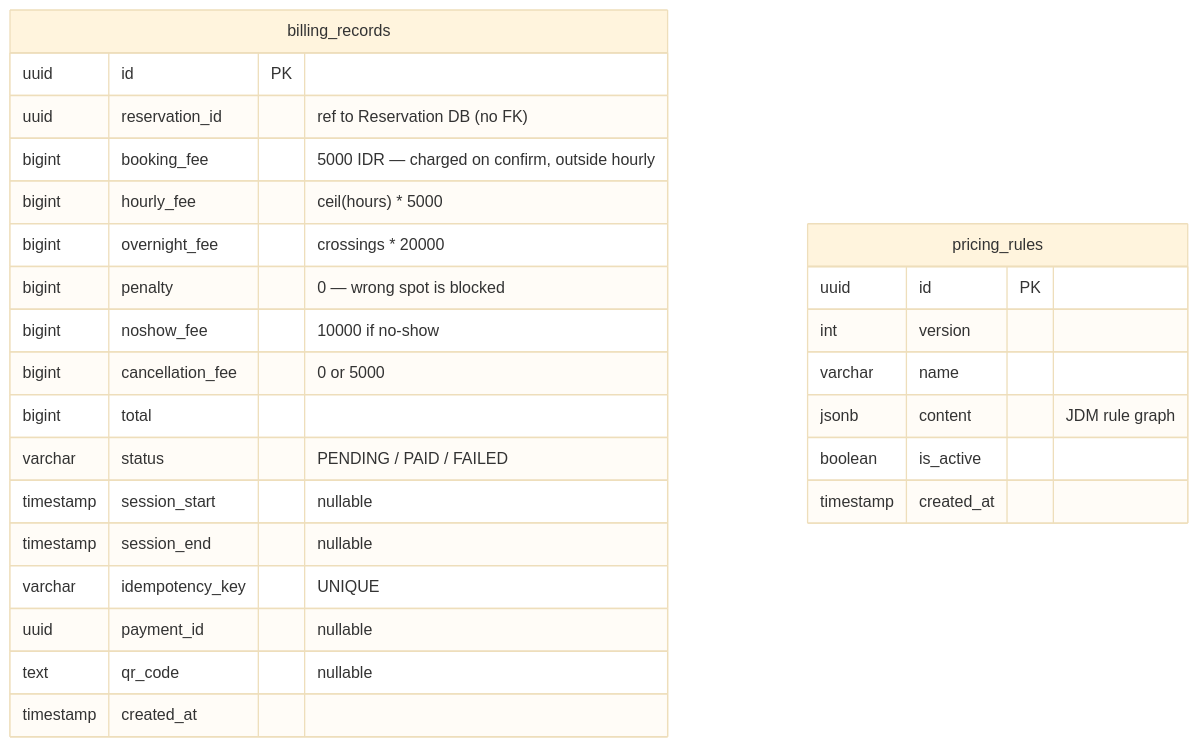
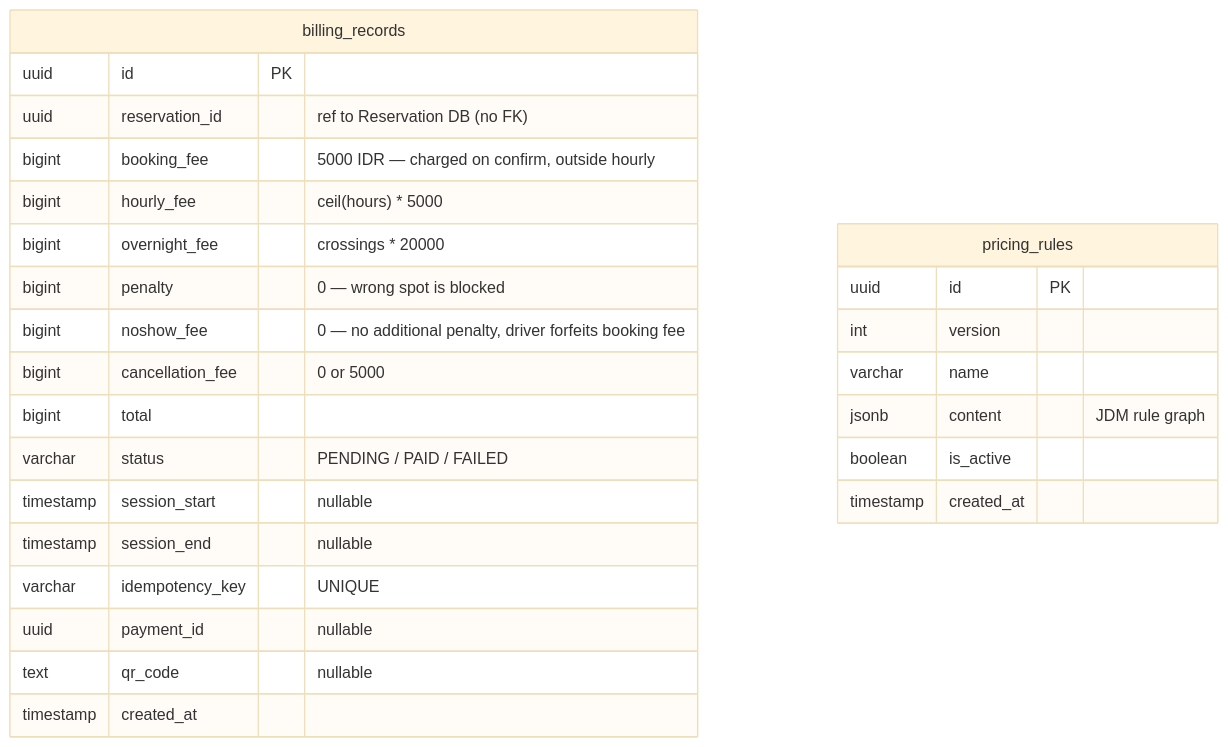
Before and after one commit to ParkirPintar/parkir-pintar-backend: diagram 21 of 23 in README.md, drawn with Mermaid (base theme). The commit also changed other lines of this file and 9 other files, not shown here.

Commit message:
fix(billing): remove no-show penalty fee and simplify pricing model

````diff
--- a/README.md
+++ b/README.md
@@ -1436,30 +1429,30 @@
 ```mermaid
 erDiagram
     billing_records {
         uuid id PK
         uuid reservation_id "ref to Reservation DB (no FK)"
         bigint booking_fee "5000 IDR — charged on confirm, outside hourly"
         bigint hourly_fee "ceil(hours) * 5000"
         bigint overnight_fee "crossings * 20000"
         bigint penalty "0 — wrong spot is blocked"
-        bigint noshow_fee "10000 if no-show"
+        bigint noshow_fee "0 — no additional penalty, driver forfeits booking fee"
         bigint cancellation_fee "0 or 5000"
         bigint total
         varchar status "PENDING / PAID / FAILED"
         timestamp session_start "nullable"
         timestamp session_end "nullable"
         varchar idempotency_key "UNIQUE"
         uuid payment_id "nullable"
         text qr_code "nullable"
         timestamp created_at
     }
 
     pricing_rules {
         uuid id PK
         int version
         varchar name
         jsonb content "JDM rule graph"
         boolean is_active
         timestamp created_at
     }
 ```
````
